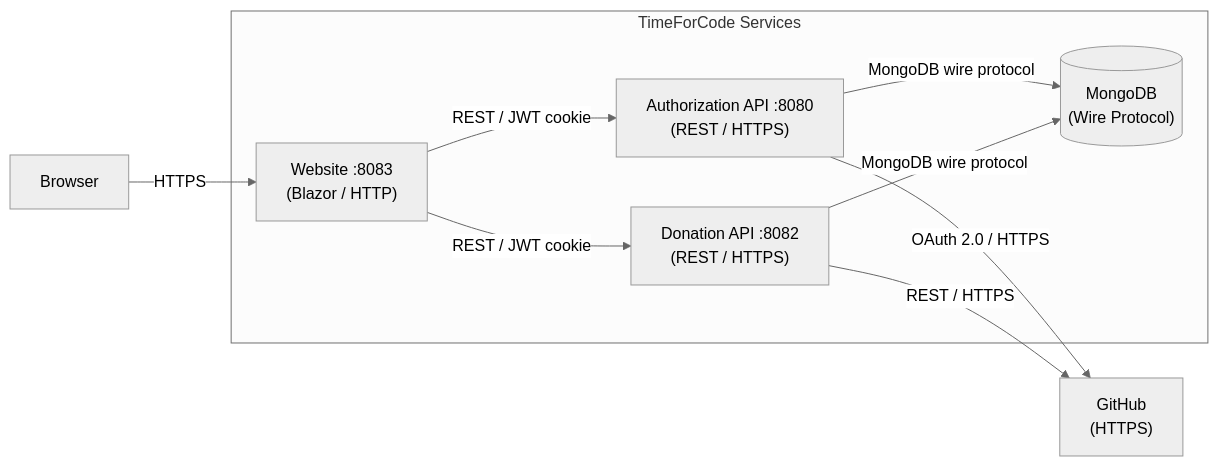
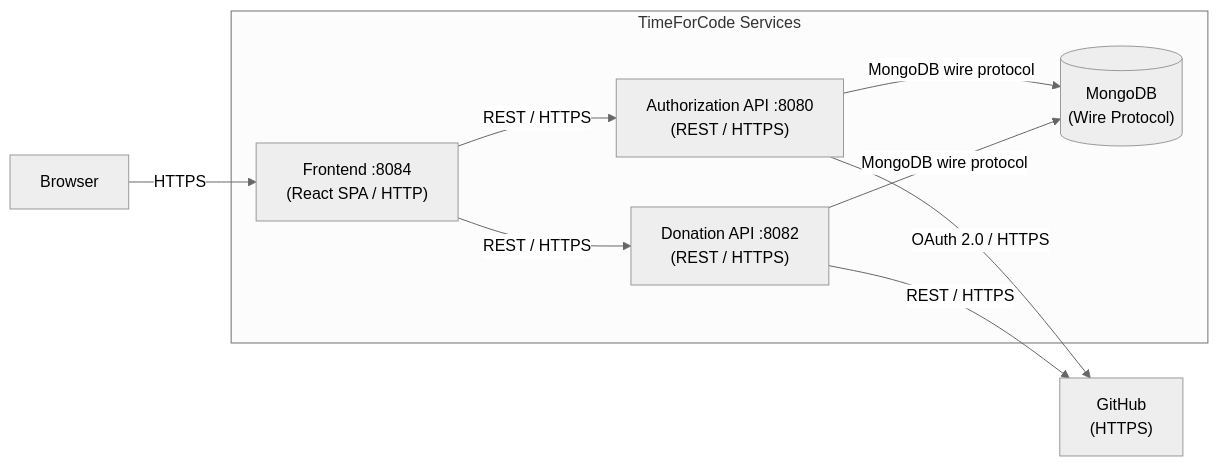
One commit to wouterfennis/TimeForCode changed the second of 2 diagrams in docs/architecture/arc42/03-context-and-scope.md. Above: the diagram before and after it, drawn with Mermaid (neutral theme). The commit also changed other lines of this file and 142 other files, not shown here.

Commit message:
feat(frontend): scaffold the React SPA with lint, type-check and tests in CI (#110) (#116)

````diff
--- a/docs/architecture/arc42/03-context-and-scope.md
+++ b/docs/architecture/arc42/03-context-and-scope.md
@@ -56,21 +56,21 @@
 ```mermaid
 graph LR
     Browser["Browser"]
 
     subgraph TimeForCode Services
-        Website["Website :8083\n(Blazor / HTTP)"]
+        Frontend["Frontend :8084\n(React SPA / HTTP)"]
         AuthAPI["Authorization API :8080\n(REST / HTTPS)"]
         DonationAPI["Donation API :8082\n(REST / HTTPS)"]
         MongoDB[("MongoDB\n(Wire Protocol)")]
     end
 
     GitHub["GitHub\n(HTTPS)"]
 
-    Browser -->|HTTPS| Website
-    Website -->|REST / JWT cookie| AuthAPI
-    Website -->|REST / JWT cookie| DonationAPI
+    Browser -->|HTTPS| Frontend
+    Frontend -->|REST / HTTPS| AuthAPI
+    Frontend -->|REST / HTTPS| DonationAPI
     AuthAPI -->|OAuth 2.0 / HTTPS| GitHub
     AuthAPI -->|MongoDB wire protocol| MongoDB
     DonationAPI -->|REST / HTTPS| GitHub
     DonationAPI -->|MongoDB wire protocol| MongoDB
 ```
````
